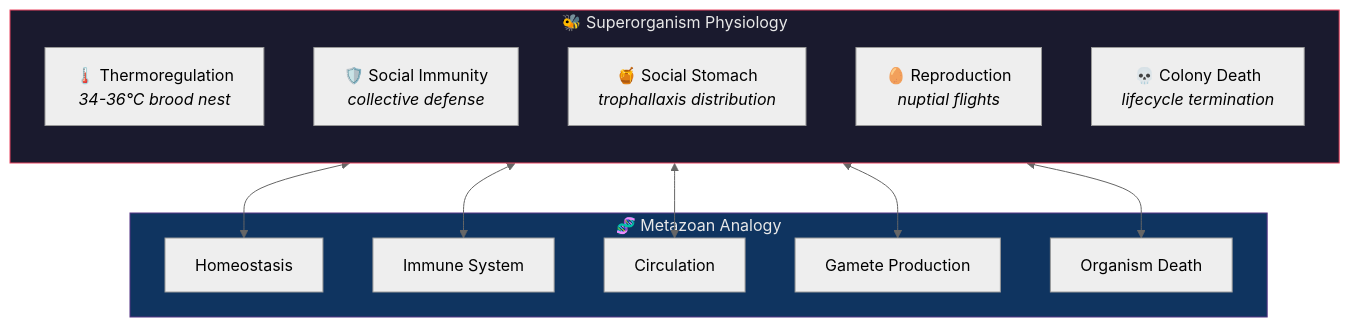
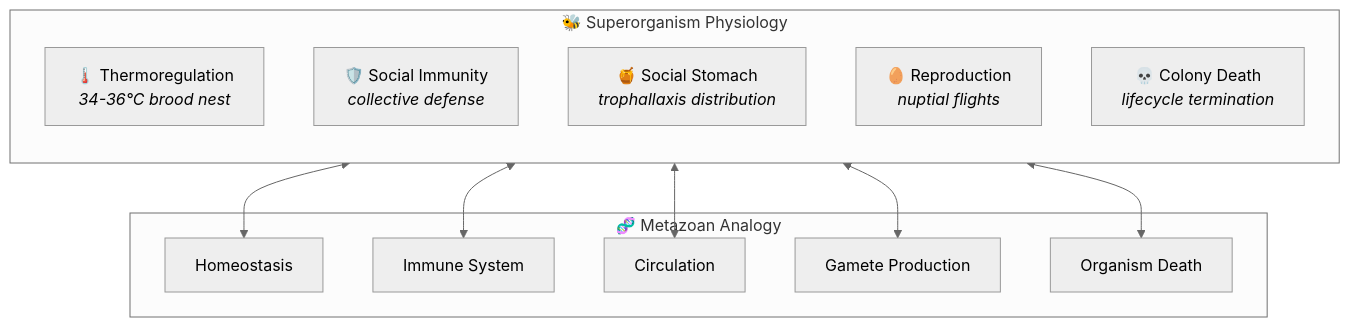
Before and after one commit to docxology/codomyrmex: the first of 3 diagrams in docs/bio/superorganism.md, drawn with Mermaid (neutral theme). The commit also changed other lines of this file and 86 other files, not shown here.

````diff
--- a/docs/bio/superorganism.md
+++ b/docs/bio/superorganism.md
@@ -19,28 +19,25 @@
 ```mermaid
 graph TB
     subgraph SUPER["🐝 Superorganism Physiology"]
         direction TB
         THERMO["🌡️ Thermoregulation<br/><i>34-36°C brood nest</i>"]
         IMMUNE_S["🛡️ Social Immunity<br/><i>collective defense</i>"]
         DIGEST["🍯 Social Stomach<br/><i>trophallaxis distribution</i>"]
         REPRO["🥚 Reproduction<br/><i>nuptial flights</i>"]
         DEATH["💀 Colony Death<br/><i>lifecycle termination</i>"]
     end
 
     subgraph METAZOAN["🧬 Metazoan Analogy"]
         HOMEOSTASIS["Homeostasis"]
         IMMUNE_M["Immune System"]
         CIRCULATE["Circulation"]
         GAMETE["Gamete Production"]
         APOPTOSIS["Organism Death"]
     end
 
     THERMO <--> HOMEOSTASIS
     IMMUNE_S <--> IMMUNE_M
     DIGEST <--> CIRCULATE
     REPRO <--> GAMETE
     DEATH <--> APOPTOSIS
-
-    style SUPER fill:#1a1a2e,stroke:#e94560,color:#e8e8e8
-    style METAZOAN fill:#0f3460,stroke:#533483,color:#e8e8e8
 ```
````
